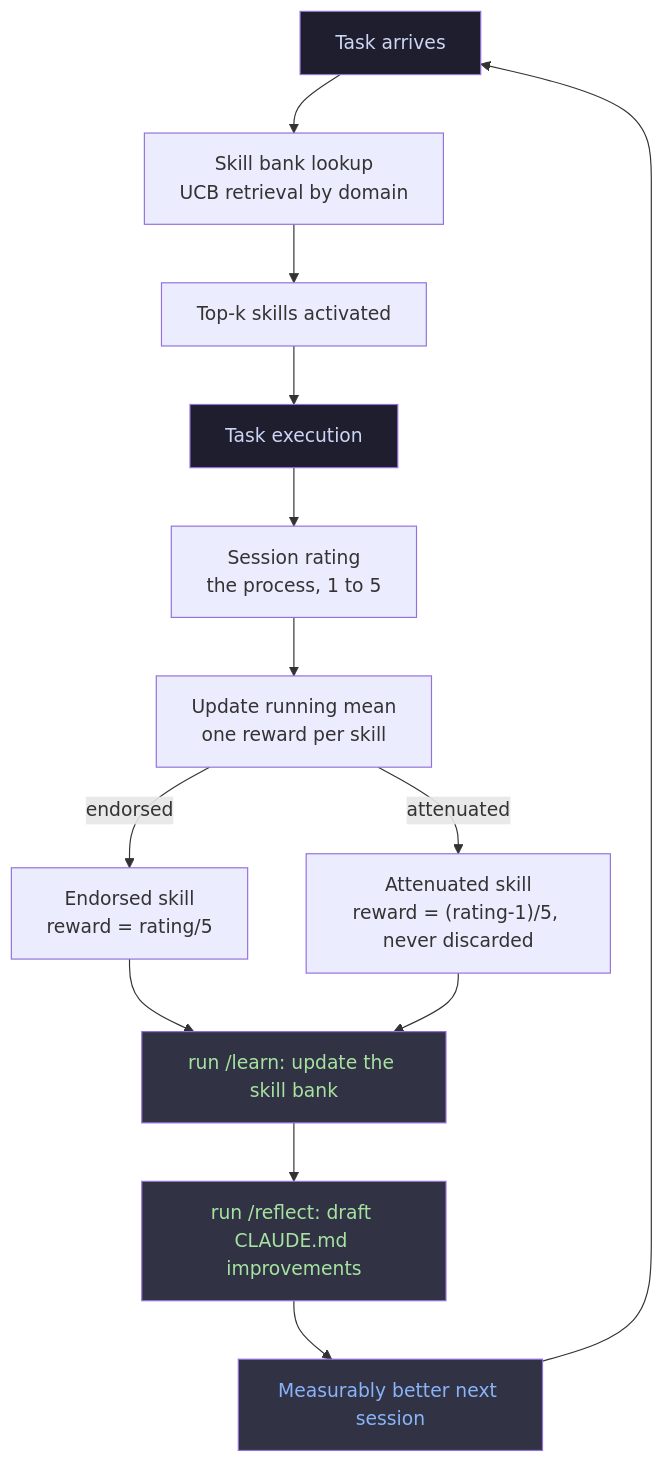
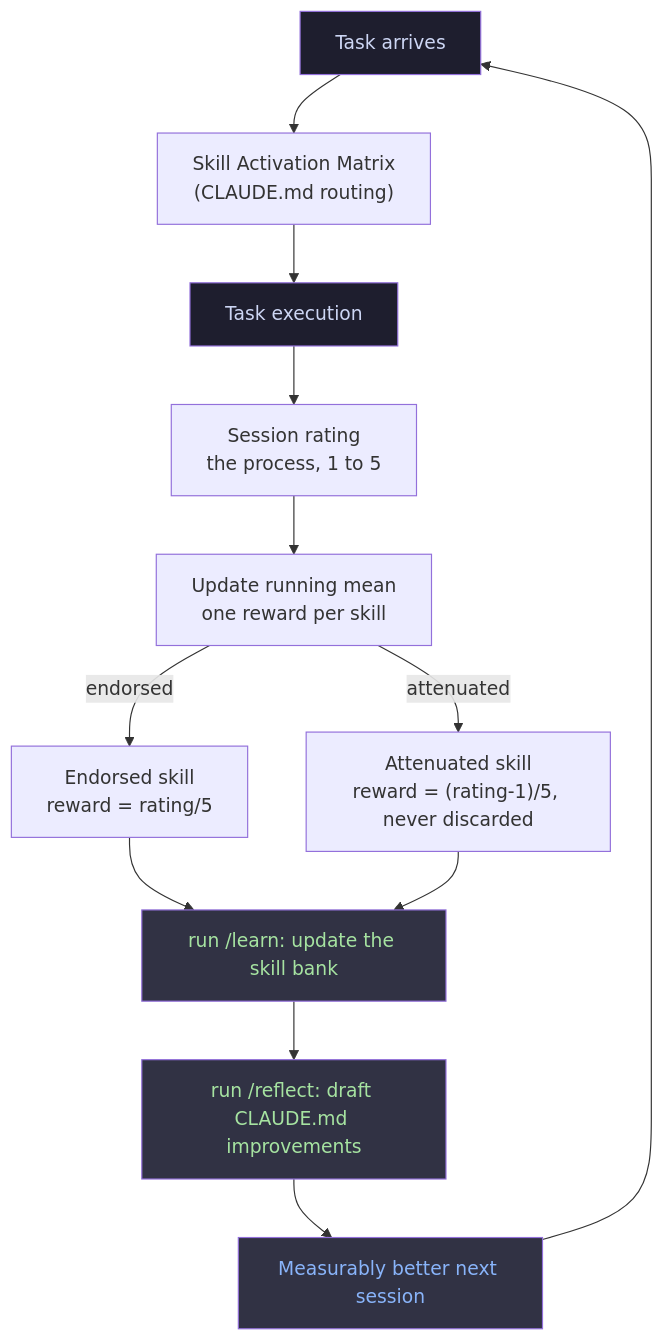
The diagram in README.md (notaneric/claude-personal-assistant), drawn with Mermaid before and after one commit. The commit also changed other lines of this file and 7 other files, not shown here.

Commit message:
fix: describe skill-bank scoring as credited after the fact, not retrieved per task

````diff
--- a/README.md
+++ b/README.md
@@ -68,21 +68,20 @@
 ```mermaid
 graph TD
-    A["Task arrives"] --> B["Skill bank lookup<br/>UCB retrieval by domain"]
-    B --> C["Top-k skills activated"]
-    C --> D["Task execution"]
+    A["Task arrives"] --> B["Skill Activation Matrix<br/>(CLAUDE.md routing)"]
+    B --> D["Task execution"]
     D --> E["Session rating<br/>the process, 1 to 5"]
     E --> F["Update running mean<br/>one reward per skill"]
     F -->|"endorsed"| G["Endorsed skill<br/>reward = rating/5"]
     F -->|"attenuated"| I["Attenuated skill<br/>reward = (rating-1)/5, never discarded"]
     G --> J["run /learn: update the skill bank"]
     I --> J
     J --> K["run /reflect: draft CLAUDE.md improvements"]
     K --> L["Measurably better next session"]
     L --> A
 
     style A fill:#1e1e2e,color:#cdd6f4
     style D fill:#1e1e2e,color:#cdd6f4
     style J fill:#313244,color:#a6e3a1
     style K fill:#313244,color:#a6e3a1
     style L fill:#313244,color:#89b4fa
 ```
````
